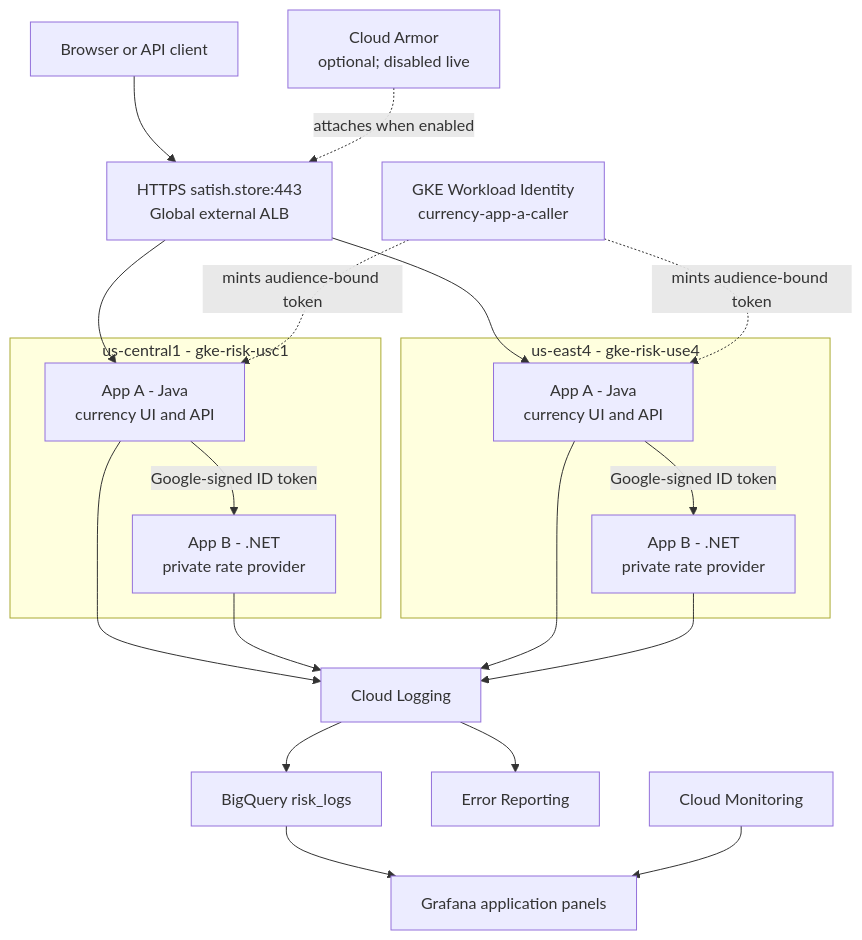
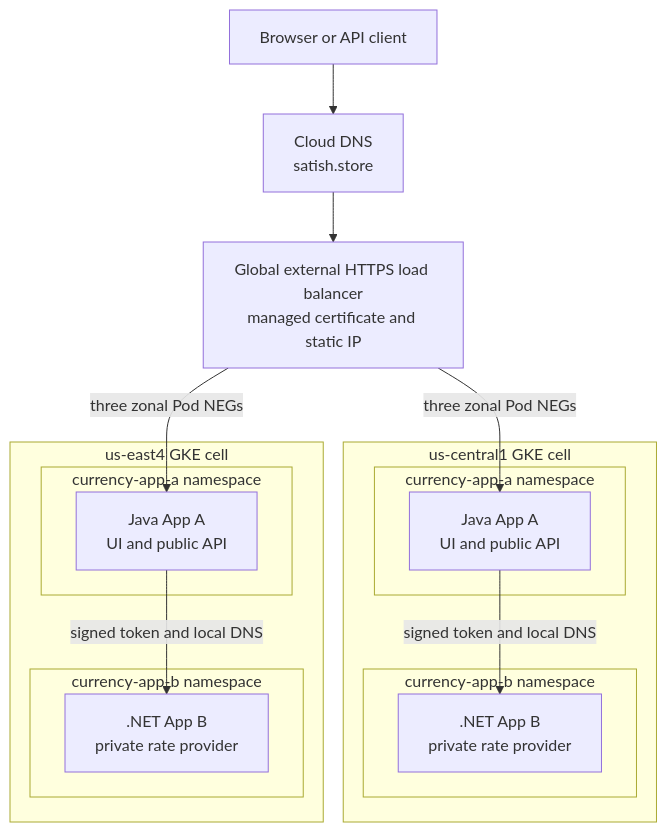
Before and after one commit to satish34/Schwab_Assessment: the first of 4 diagrams in docs/ARCHITECTURE.md, drawn with Mermaid. The commit also changed other lines of this file and 70 other files, not shown here.

````diff
--- a/docs/ARCHITECTURE.md
+++ b/docs/ARCHITECTURE.md
@@ -31,27 +9,28 @@
 ```mermaid
 flowchart TB
-  Client["Browser or API client"] --> ALB["HTTPS satish.store:443<br/>Global external ALB"]
-  Armor["Cloud Armor<br/>optional; disabled live"] -.->|attaches when enabled| ALB
-  Identity["GKE Workload Identity<br/>currency-app-a-caller"]
+  Client["Browser or API client"] --> DNS["Cloud DNS<br/>satish.store"]
+  DNS --> Edge["Global external HTTPS load balancer<br/>managed certificate and static IP"]
 
-  subgraph USC1["us-central1 - gke-risk-usc1"]
-    A1["App A - Java<br/>currency UI and API"] -->|Google-signed ID token| B1["App B - .NET<br/>private rate provider"]
+  subgraph Central["us-central1 GKE cell"]
+    subgraph CentralA["currency-app-a namespace"]
+      CA["Java App A<br/>UI and public API"]
+    end
+    subgraph CentralB["currency-app-b namespace"]
+      CB[".NET App B<br/>private rate provider"]
+    end
+    CA -->|"signed token and local DNS"| CB
   end
 
-  subgraph USE4["us-east4 - gke-risk-use4"]
-    A2["App A - Java<br/>currency UI and API"] -->|Google-signed ID token| B2["App B - .NET<br/>private rate provider"]
+  subgraph East["us-east4 GKE cell"]
+    subgraph EastA["currency-app-a namespace"]
+      EA["Java App A<br/>UI and public API"]
+    end
+    subgraph EastB["currency-app-b namespace"]
+      EB[".NET App B<br/>private rate provider"]
+    end
+    EA -->|"signed token and local DNS"| EB
   end
 
-  ALB --> A1
-  ALB --> A2
-  Identity -.->|mints audience-bound token| A1
-  Identity -.->|mints audience-bound token| A2
-  A1 --> Logs["Cloud Logging"]
-  B1 --> Logs
-  A2 --> Logs
-  B2 --> Logs
-  Logs --> BQ["BigQuery risk_logs"]
-  Logs --> Errors["Error Reporting"]
-  BQ --> Grafana["Grafana application panels"]
-  Monitoring["Cloud Monitoring"] --> Grafana
+  Edge -->|"three zonal Pod NEGs"| CA
+  Edge -->|"three zonal Pod NEGs"| EA
 ```
````
